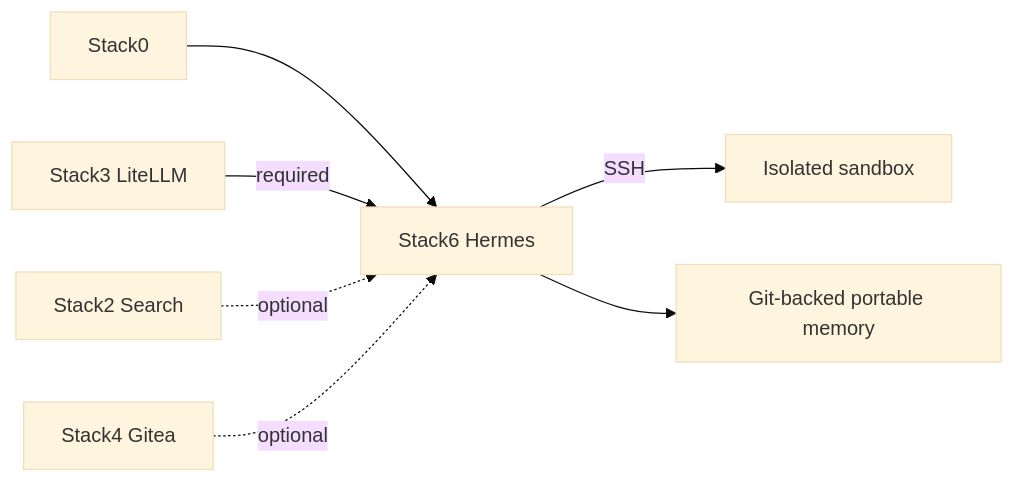
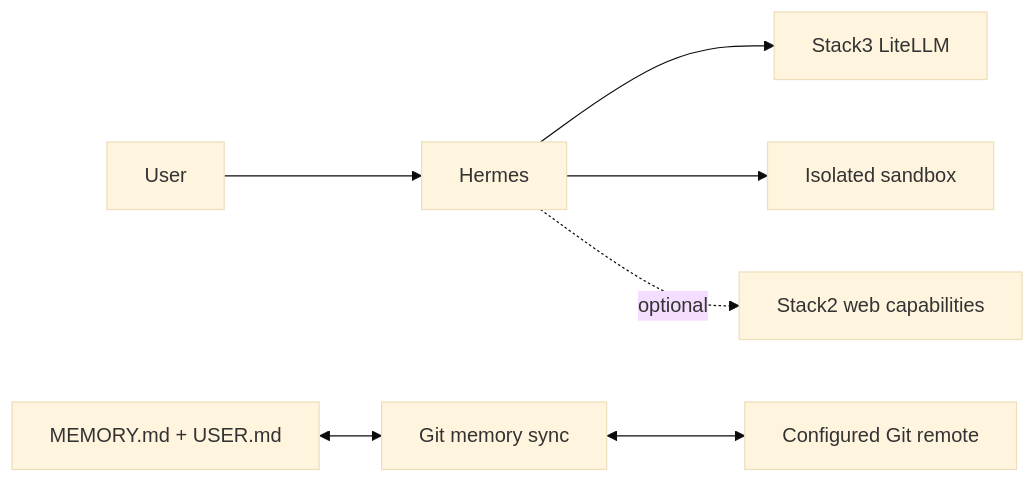
The diagram in stack6_-_hermes/README.md (ea1het/local_hybrid_ai), drawn with Mermaid (base theme) before and after one commit. The commit also changed other lines of this file and 11 other files, not shown here.

Commit message:
Simplify canonical documentation with Mermaid architecture

````diff
--- a/stack6_-_hermes/README.md
+++ b/stack6_-_hermes/README.md
@@ -7,9 +5,9 @@
 ```mermaid
 flowchart LR
-  S0[Stack0] --> S6[Stack6 Hermes]
-  S3[Stack3 LiteLLM] -->|required| S6
-  S2[Stack2 Search] -. optional .-> S6
-  S4[Stack4 Gitea] -. optional .-> S6
-  S6 -->|SSH| SB[Isolated sandbox]
-  S6 --> MEM[Git-backed portable memory]
+    User --> Hermes
+    Hermes --> LiteLLM[Stack3 LiteLLM]
+    Hermes --> Sandbox[Isolated sandbox]
+    Hermes -. optional .-> Web[Stack2 web capabilities]
+    Memory[MEMORY.md + USER.md] <--> Sync[Git memory sync]
+    Sync <--> Git[Configured Git remote]
 ```
````
